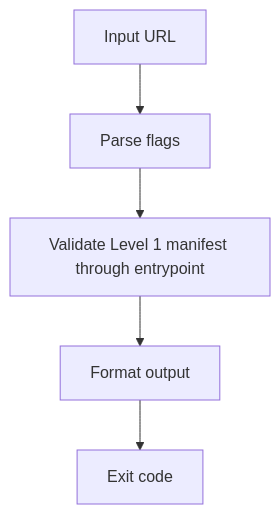
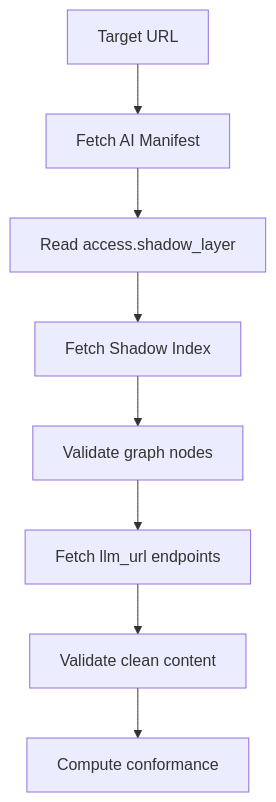
The diagram in docs/guide/getting-started.md (jordachmakaya/index-ai-validator), drawn with Mermaid before and after one commit. The commit also changed other lines of this file and 16 other files, not shown here.

Commit message:
feat: add level 2a shadow index validation

````diff
--- a/docs/guide/getting-started.md
+++ b/docs/guide/getting-started.md
@@ -89,7 +87,10 @@
 ```mermaid
 flowchart TD
-  A[Input URL] --> B[Parse flags]
-  B --> C[Validate Level 1 manifest through entrypoint]
-  C --> D[Format output]
-  D --> E[Exit code]
+  A["Target URL"] --> B["Fetch AI Manifest"]
+  B --> C["Read access.shadow_layer"]
+  C --> D["Fetch Shadow Index"]
+  D --> E["Validate graph nodes"]
+  E --> F["Fetch llm_url endpoints"]
+  F --> G["Validate clean content"]
+  G --> H["Compute conformance"]
 ```
````
